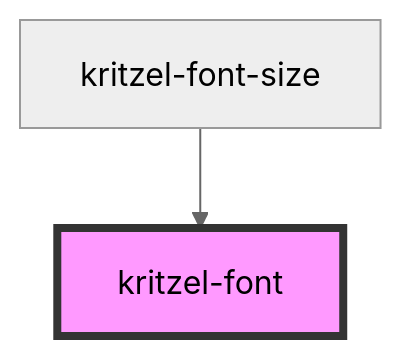
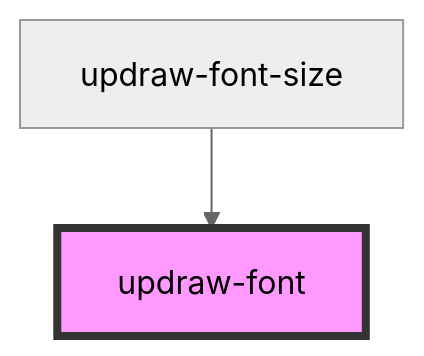
One commit to kasual1/kritzel changed the diagram in libs/editor/core/src/components/updraw-font/readme.md. Above: the diagram before and after it, drawn with Mermaid (neutral theme). The commit also changed other lines of this file and 1129 other files, not shown here.

First line of the commit message:
Replace kritzel with updraw across the codebase

````diff
--- a/libs/editor/core/src/components/updraw-font/readme.md
+++ b/libs/editor/core/src/components/updraw-font/readme.md
@@ -24,5 +24,5 @@
 ```mermaid
 graph TD;
-  kritzel-font-size --> kritzel-font
-  style kritzel-font fill:#f9f,stroke:#333,stroke-width:4px
+  updraw-font-size --> updraw-font
+  style updraw-font fill:#f9f,stroke:#333,stroke-width:4px
 ```
````
